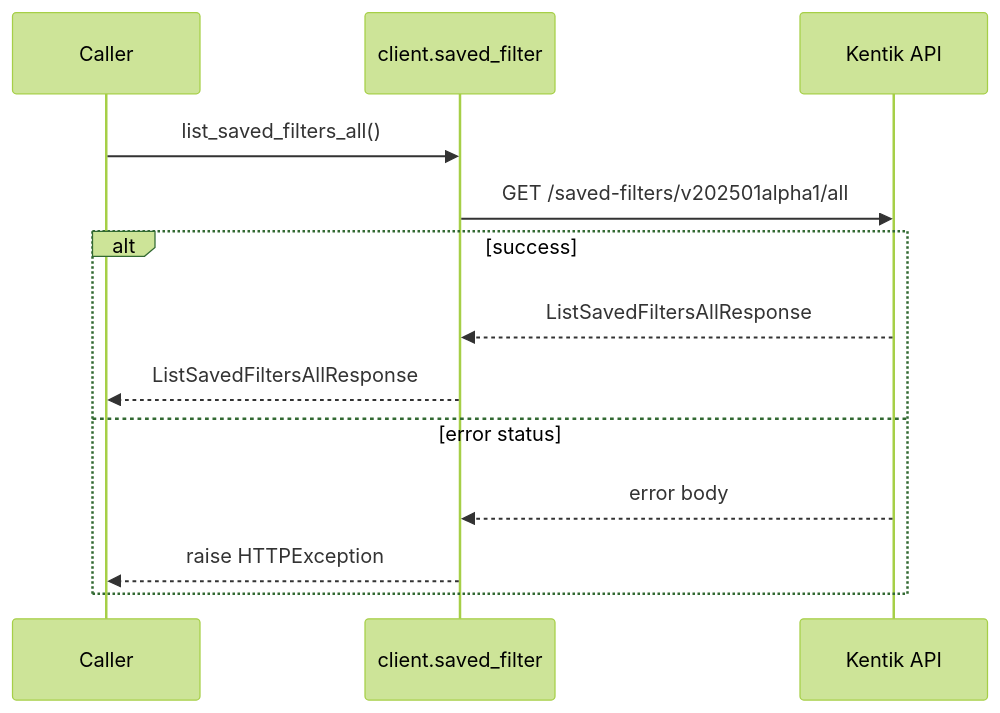
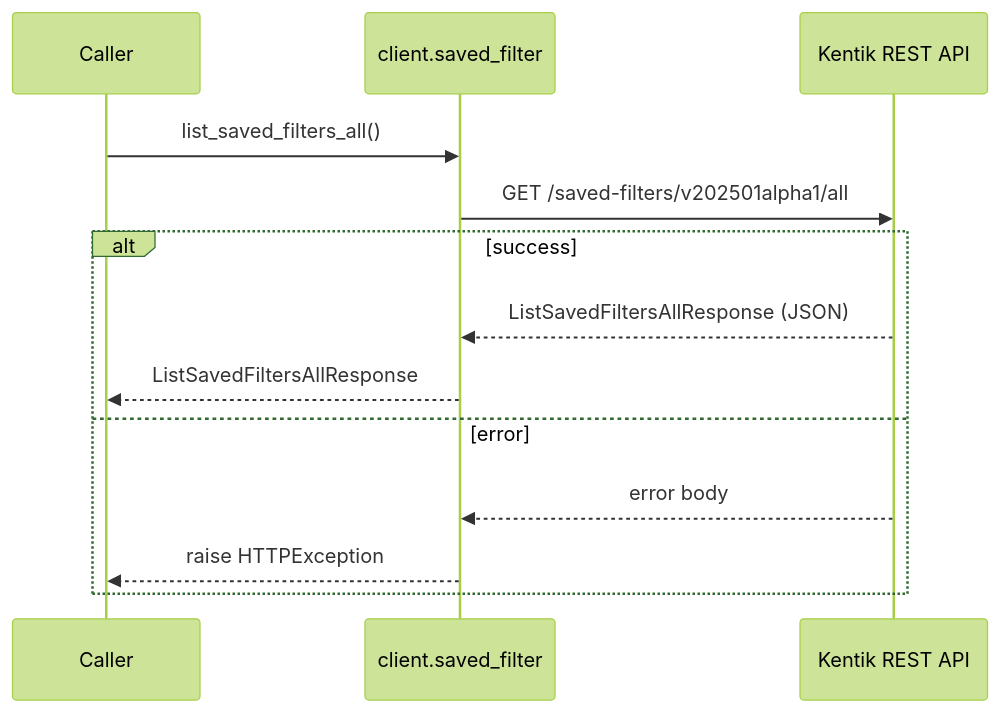
Diagram 12 of 14 in docs/sphinx/services/saved_filter.md (alexdearaujo/community_sdk_python), drawn with Mermaid (forest theme) before and after one commit. The commit also changed other lines of this file and 61 other files, not shown here.

````diff
--- a/docs/sphinx/services/saved_filter.md
+++ b/docs/sphinx/services/saved_filter.md
@@ -274,16 +401,16 @@
 ```mermaid
 sequenceDiagram
     participant C as Caller
     participant W as client.saved_filter
-    participant API as Kentik API
+    participant API as Kentik REST API
 
     C->>W: list_saved_filters_all()
     W->>API: GET /saved-filters/v202501alpha1/all
     alt success
-        API-->>W: ListSavedFiltersAllResponse
+        API-->>W: ListSavedFiltersAllResponse (JSON)
         W-->>C: ListSavedFiltersAllResponse
-    else error status
+    else error
         API-->>W: error body
         W-->>C: raise HTTPException
     end
 ```
````
